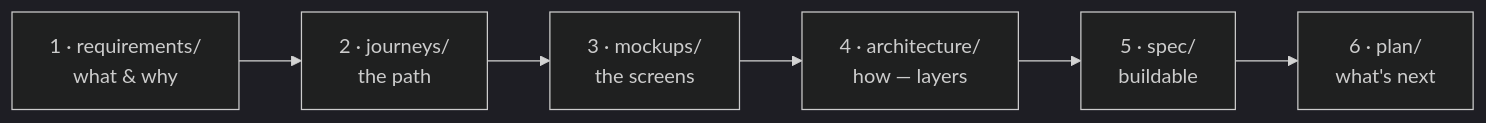
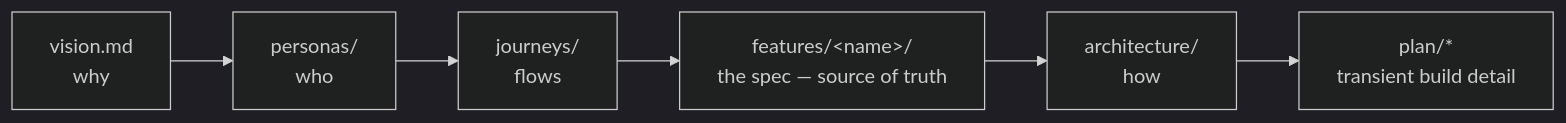
One commit to sensei-hq/sensei changed the diagram in docs/README.md. Above: the diagram before and after it, drawn with Mermaid (dark theme). The commit also changed other lines of this file and 3 other files, not shown here.

````diff
--- a/docs/README.md
+++ b/docs/README.md
@@ -12,8 +27,8 @@
 ```mermaid
 flowchart LR
-    R[1 · requirements/<br/>what &amp; why] --> J[2 · journeys/<br/>the path]
-    J --> M[3 · mockups/<br/>the screens]
-    M --> A[4 · architecture/<br/>how — layers]
-    A --> S[5 · spec/<br/>buildable]
-    S --> P[6 · plan/<br/>what's next]
+    V[vision.md<br/>why] --> P[personas/<br/>who]
+    P --> J[journeys/<br/>flows]
+    J --> F[features/&lt;name&gt;/<br/>the spec — source of truth]
+    F --> A[architecture/<br/>how]
+    A --> PL[plan/*<br/>transient build detail]
 ```
````
